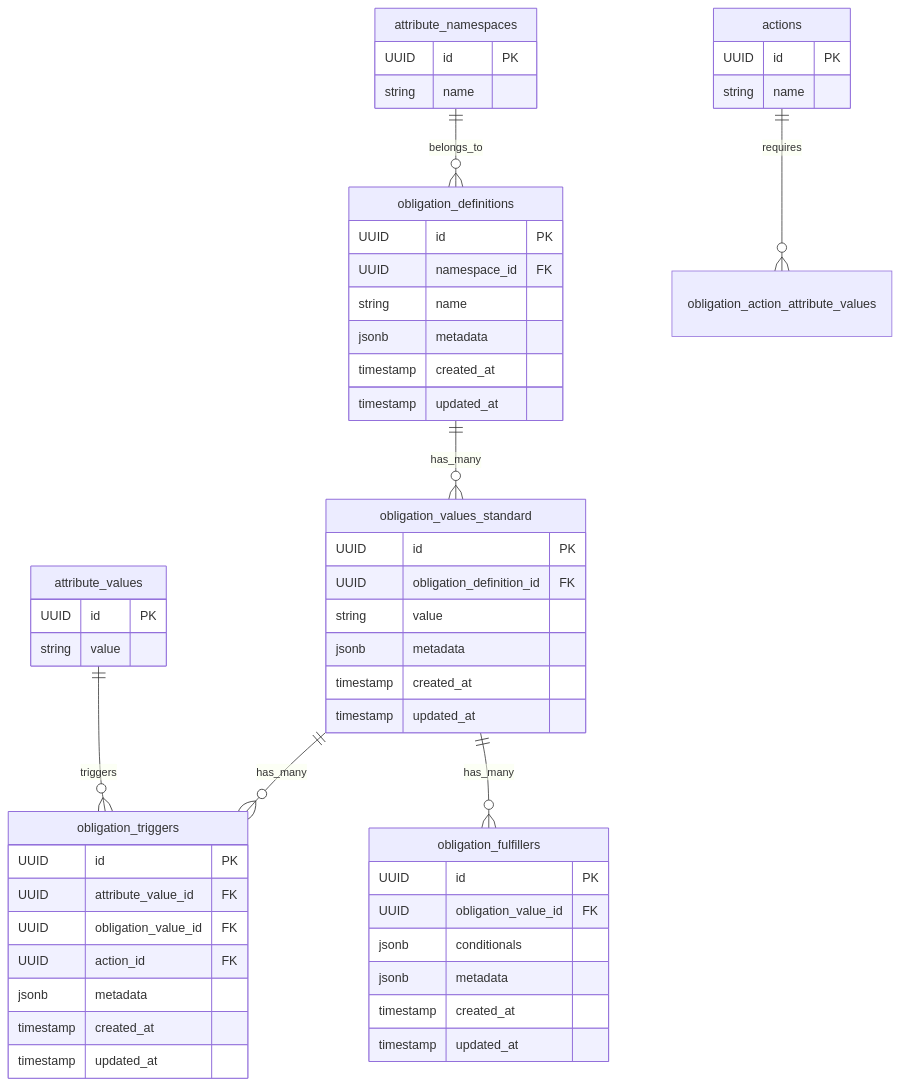
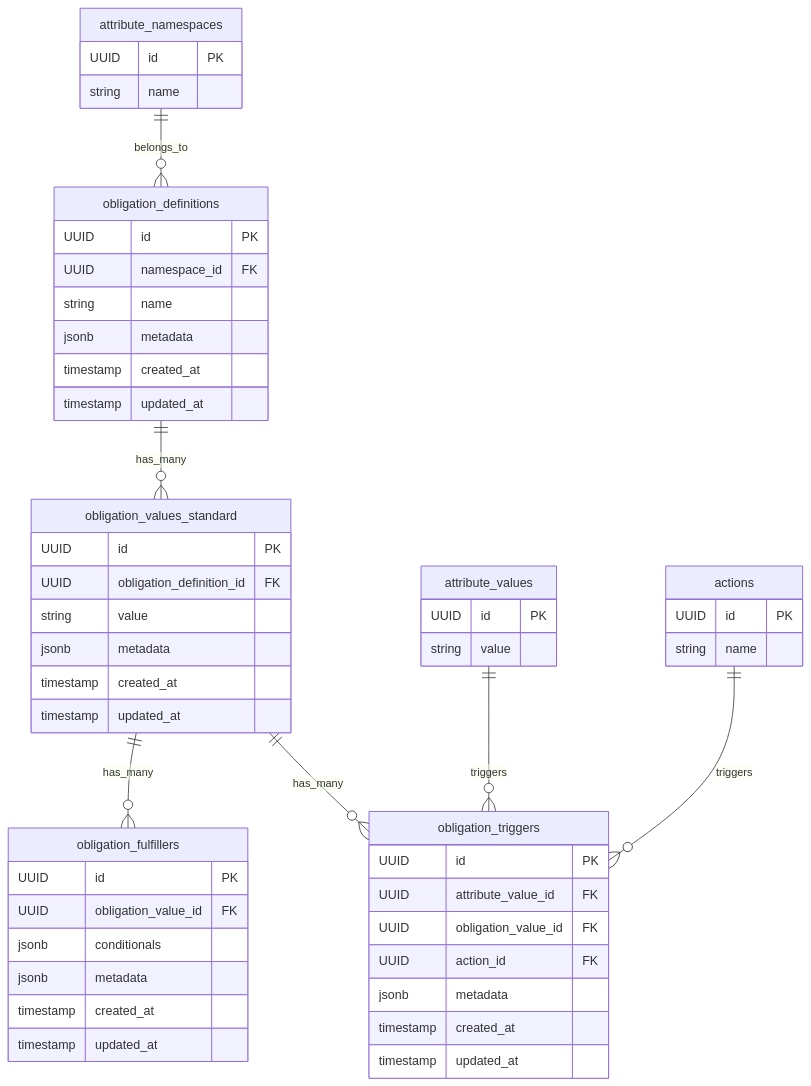
One commit to opentdf/platform changed the diagram in service/policy/db/migrations/20250703000000_obligations.md. Above: the diagram before and after it, drawn with Mermaid. The commit also changed 1 other file, not shown here.

Commit message:
gemini suggestions

````diff
--- a/service/policy/db/migrations/20250703000000_obligations.md
+++ b/service/policy/db/migrations/20250703000000_obligations.md
@@ -5,61 +5,61 @@
 ```mermaid
 erDiagram
     attribute_namespaces ||--o{ obligation_definitions : "belongs_to"
     obligation_definitions ||--o{ obligation_values_standard : "has_many"
     obligation_values_standard ||--o{ obligation_triggers : "has_many"
     obligation_values_standard ||--o{ obligation_fulfillers : "has_many"
     attribute_values ||--o{ obligation_triggers : "triggers"
-    actions ||--o{ obligation_action_attribute_values : "requires"
+    actions ||--o{ obligation_triggers : "triggers"
 
     attribute_namespaces {
         UUID id PK
         string name
     }
     
     obligation_definitions {
         UUID id PK
         UUID namespace_id FK
         string name
         jsonb metadata
         timestamp created_at
         timestamp updated_at
     }
     
     obligation_values_standard {
         UUID id PK
         UUID obligation_definition_id FK
         string value
         jsonb metadata
         timestamp created_at
         timestamp updated_at
     }
     
     obligation_triggers {
         UUID id PK
         UUID attribute_value_id FK
         UUID obligation_value_id FK
         UUID action_id FK
         jsonb metadata
         timestamp created_at
         timestamp updated_at
     }
     
     obligation_fulfillers {
         UUID id PK
         UUID obligation_value_id FK
         jsonb conditionals
         jsonb metadata
         timestamp created_at
         timestamp updated_at
     }
     
     attribute_values {
         UUID id PK
         string value
     }
     
     actions {
         UUID id PK
         string name
     }
 ```
````
